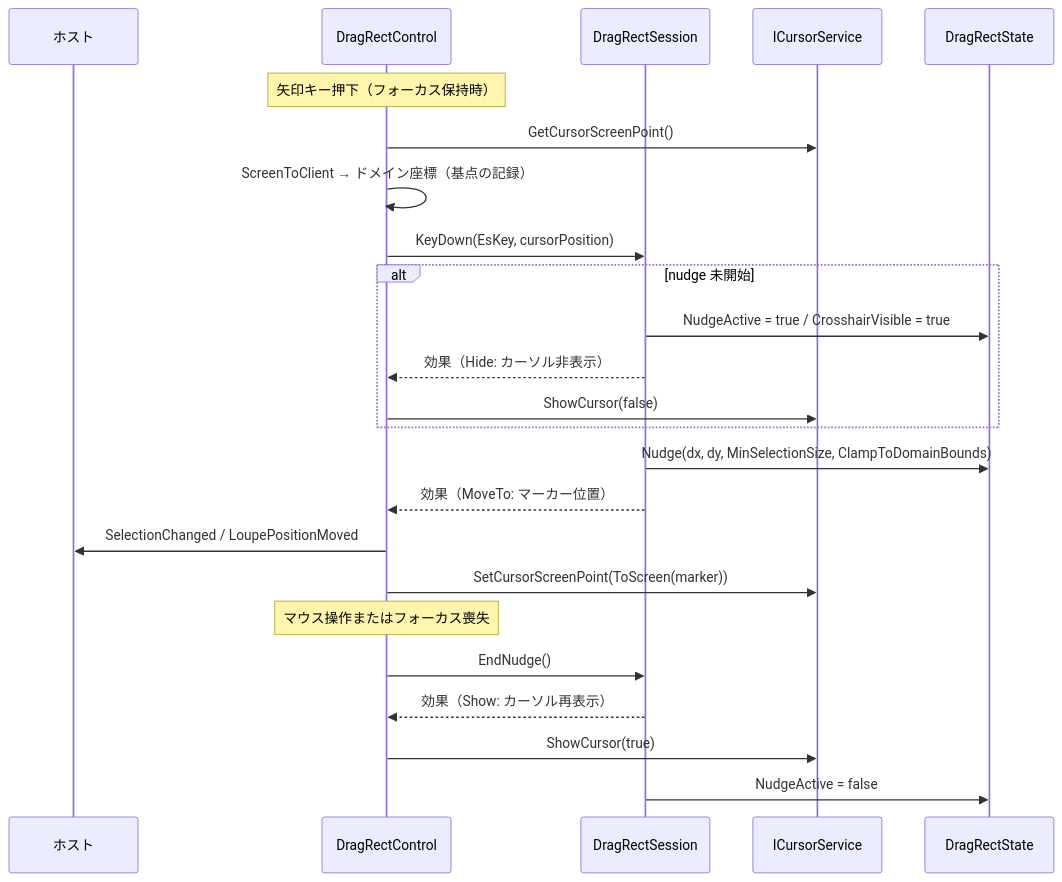
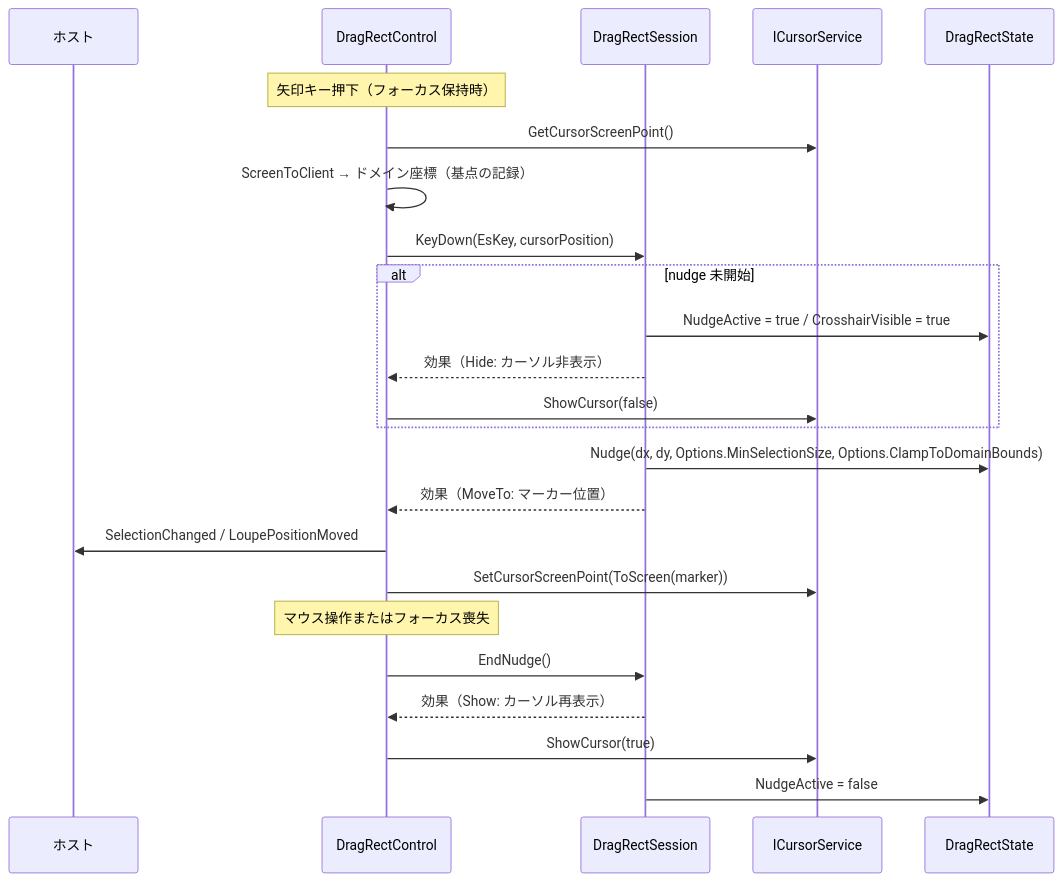
One commit to tomokuni/SaveEvidence changed the third of 4 diagrams in src/DragRectControl.MewUI/SPEC_System.md. Above: the diagram before and after it, drawn with Mermaid. The commit also changed other lines of this file and 45 other files, not shown here.

````diff
--- a/src/DragRectControl.MewUI/SPEC_System.md
+++ b/src/DragRectControl.MewUI/SPEC_System.md
@@ -252,27 +253,27 @@
 ```mermaid
 sequenceDiagram
     participant Host as ホスト
     participant Ctl as DragRectControl
     participant Ses as DragRectSession
     participant Cur as ICursorService
     participant St as DragRectState
 
     Note over Ctl: 矢印キー押下（フォーカス保持時）
     Ctl->>Cur: GetCursorScreenPoint()
     Ctl->>Ctl: ScreenToClient → ドメイン座標（基点の記録）
     Ctl->>Ses: KeyDown(EsKey, cursorPosition)
     alt nudge 未開始
         Ses->>St: NudgeActive = true / CrosshairVisible = true
         Ses-->>Ctl: 効果（Hide: カーソル非表示）
         Ctl->>Cur: ShowCursor(false)
     end
-    Ses->>St: Nudge(dx, dy, MinSelectionSize, ClampToDomainBounds)
+    Ses->>St: Nudge(dx, dy, Options.MinSelectionSize, Options.ClampToDomainBounds)
     Ses-->>Ctl: 効果（MoveTo: マーカー位置）
     Ctl->>Host: SelectionChanged / LoupePositionMoved
     Ctl->>Cur: SetCursorScreenPoint(ToScreen(marker))
     Note over Ctl: マウス操作またはフォーカス喪失
     Ctl->>Ses: EndNudge()
     Ses-->>Ctl: 効果（Show: カーソル再表示）
     Ctl->>Cur: ShowCursor(true)
     Ses->>St: NudgeActive = false
 ```
````
